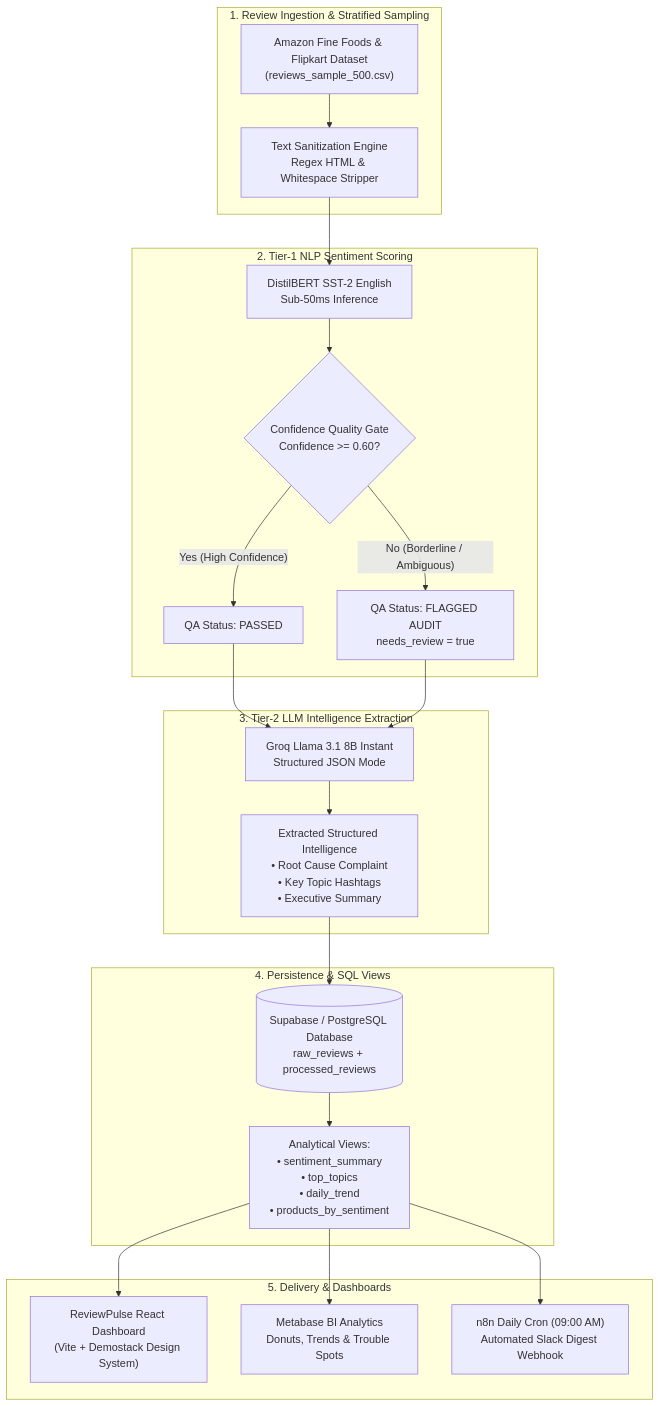
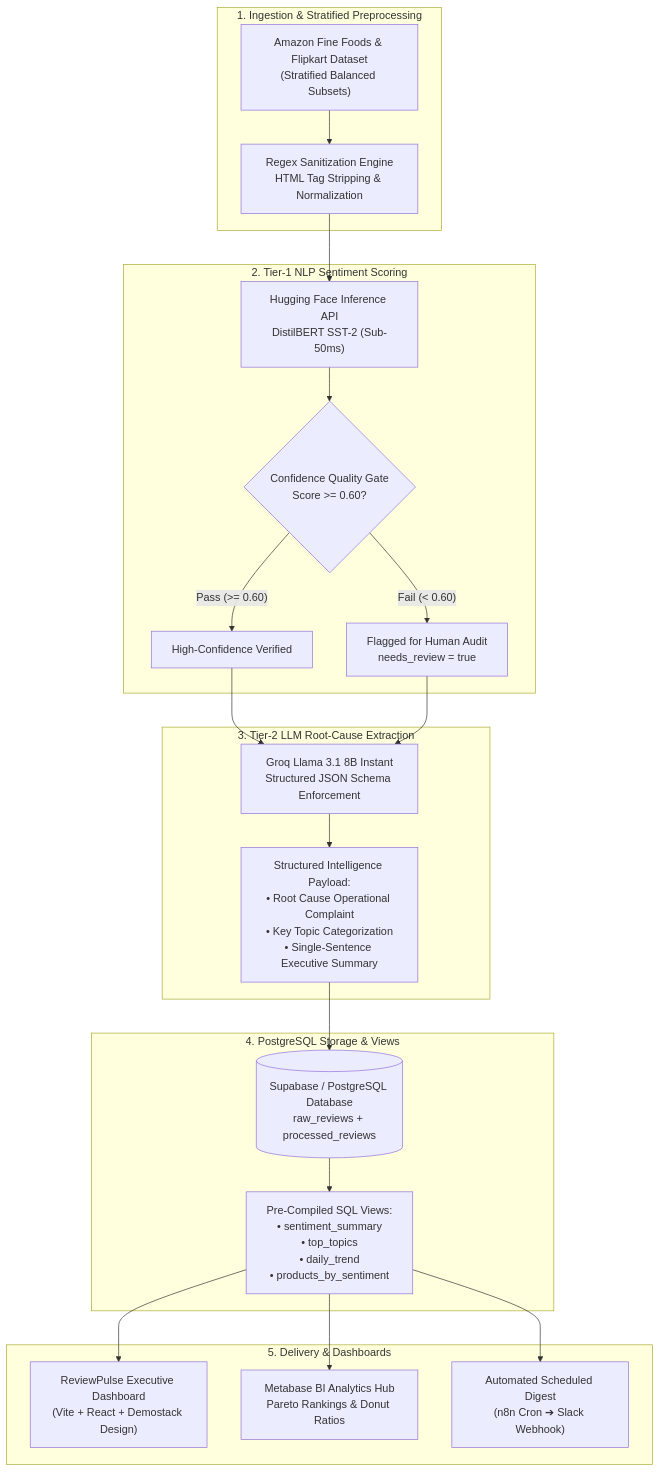
The diagram in README.md (Sradha2474/Multi-Agent-Customer-Support-Triage-Bot), drawn with Mermaid before and after one commit. The commit also changed other lines of this file and 5 other files, not shown here.

Commit message:
docs: embed live n8n pipeline execution and executive dashboard screenshots in README

````diff
--- a/README.md
+++ b/README.md
@@ -50,30 +55,30 @@
 ```mermaid
 flowchart TD
-    subgraph INGESTION["1. Review Ingestion & Stratified Sampling"]
-        A["Amazon Fine Foods & Flipkart Dataset\n(reviews_sample_500.csv)"] --> B["Text Sanitization Engine\nRegex HTML & Whitespace Stripper"]
+    subgraph INGESTION["1. Ingestion & Stratified Preprocessing"]
+        A["Amazon Fine Foods & Flipkart Dataset\n(Stratified Balanced Subsets)"] --> B["Regex Sanitization Engine\nHTML Tag Stripping & Normalization"]
     end
 
     subgraph TIER1["2. Tier-1 NLP Sentiment Scoring"]
-        B --> C["DistilBERT SST-2 English\nSub-50ms Inference"]
-        C --> D{"Confidence Quality Gate\nConfidence >= 0.60?"}
-        D -- "Yes (High Confidence)" --> E["QA Status: PASSED"]
-        D -- "No (Borderline / Ambiguous)" --> F["QA Status: FLAGGED AUDIT\nneeds_review = true"]
+        B --> C["Hugging Face Inference API\nDistilBERT SST-2 (Sub-50ms)"]
+        C --> D{"Confidence Quality Gate\nScore >= 0.60?"}
+        D -- "Pass (>= 0.60)" --> E["High-Confidence Verified"]
+        D -- "Fail (< 0.60)" --> F["Flagged for Human Audit\nneeds_review = true"]
     end
 
-    subgraph TIER2["3. Tier-2 LLM Intelligence Extraction"]
-        E --> G["Groq Llama 3.1 8B Instant\nStructured JSON Mode"]
+    subgraph TIER2["3. Tier-2 LLM Root-Cause Extraction"]
+        E --> G["Groq Llama 3.1 8B Instant\nStructured JSON Schema Enforcement"]
         F --> G
-        G --> H["Extracted Structured Intelligence\n• Root Cause Complaint\n• Key Topic Hashtags\n• Executive Summary"]
+        G --> H["Structured Intelligence Payload:\n• Root Cause Operational Complaint\n• Key Topic Categorization\n• Single-Sentence Executive Summary"]
     end
 
-    subgraph STORAGE["4. Persistence & SQL Views"]
+    subgraph STORAGE["4. PostgreSQL Storage & Views"]
         H --> I[("Supabase / PostgreSQL Database\nraw_reviews + processed_reviews")]
-        I --> J["Analytical Views:\n• sentiment_summary\n• top_topics\n• daily_trend\n• products_by_sentiment"]
+        I --> J["Pre-Compiled SQL Views:\n• sentiment_summary\n• top_topics\n• daily_trend\n• products_by_sentiment"]
     end
 
-    subgraph PRESENTATION["5. Delivery & Dashboards"]
-        J --> K["ReviewPulse React Dashboard\n(Vite + Demostack Design System)"]
-        J --> L["Metabase BI Analytics\nDonuts, Trends & Trouble Spots"]
-        J --> M["n8n Daily Cron (09:00 AM)\nAutomated Slack Digest Webhook"]
+    subgraph DELIVERY["5. Delivery & Dashboards"]
+        J --> K["ReviewPulse Executive Dashboard\n(Vite + React + Demostack Design)"]
+        J --> L["Metabase BI Analytics Hub\nPareto Rankings & Donut Ratios"]
+        J --> M["Automated Scheduled Digest\n(n8n Cron ➔ Slack Webhook)"]
     end
 ```
````
